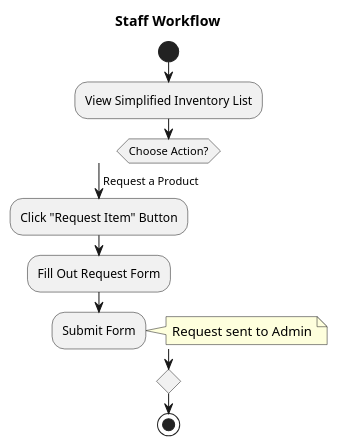
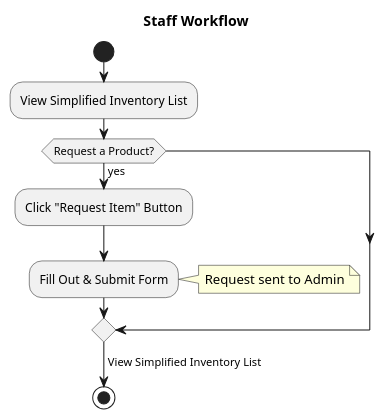
One commit to anubhav-vij/HULLC_Inventory_System changed the second of 2 diagrams in PROCESS_DIAGRAM.md. Above: the diagram before and after it, drawn with PlantUML. The commit also changed other lines of this file and 1 other file, not shown here.

Commit message:
After every action is complete, the user lands back at the dashboard so

````diff
--- a/PROCESS_DIAGRAM.md
+++ b/PROCESS_DIAGRAM.md
@@ -65,20 +42,20 @@
 ```plantuml
 @startuml
 title Staff Workflow
 start
 
 'The user is assumed to be logged in as Staff.
 
 :View Simplified Inventory List;
 
-switch (Choose Action?)
-case (Request a Product)
+if (Request a Product?) then (yes)
   :Click "Request Item" Button;
-  :Fill Out Request Form;
-  :Submit Form;
+  :Fill Out & Submit Form;
   note right: Request sent to Admin
-endswitch
+endif
+
+-> View Simplified Inventory List;
 
 stop
 @enduml
 ```
````
